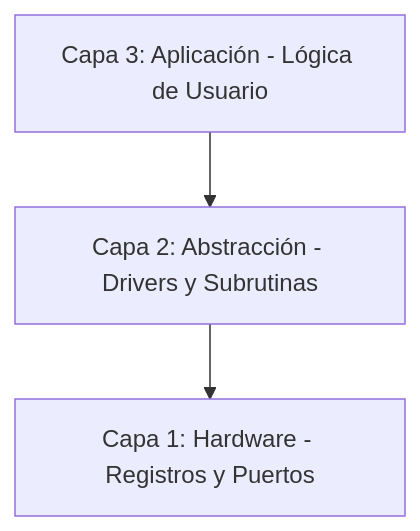
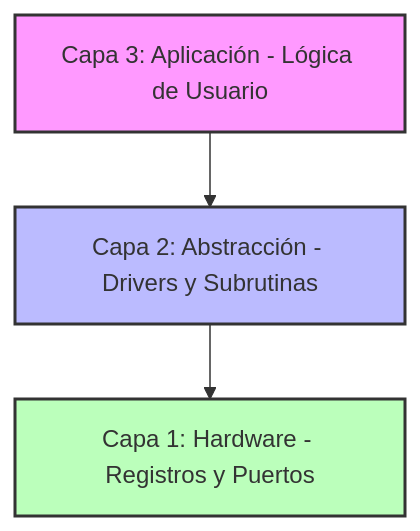
One commit to CarlitozMF/PIC16F84A-Mastery changed the diagram in README.md. Above: the diagram before and after it, drawn with Mermaid. The commit also changed other lines of this file and 2 other files, not shown here.

````diff
--- a/README.md
+++ b/README.md
@@ -17,5 +30,8 @@
 ```mermaid
 graph TD
     A[Capa 3: Aplicación - Lógica de Usuario] --> B[Capa 2: Abstracción - Drivers y Subrutinas]
     B --> C[Capa 1: Hardware - Registros y Puertos]
+    style A fill:#f9f,stroke:#333,stroke-width:2px
+    style B fill:#bbf,stroke:#333,stroke-width:2px
+    style C fill:#bfb,stroke:#333,stroke-width:2px
 ```
````
